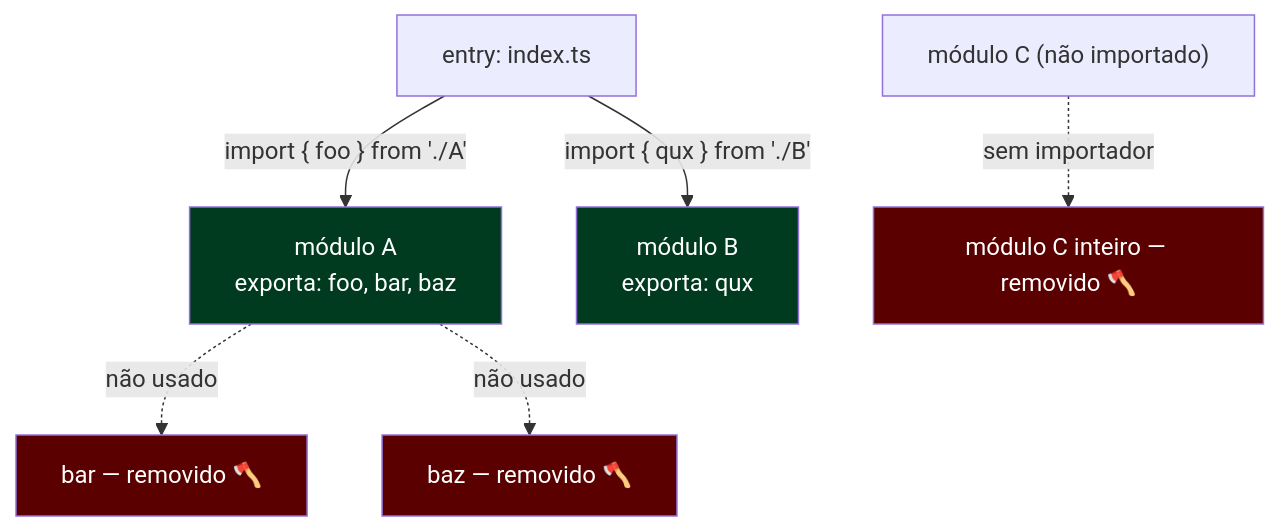
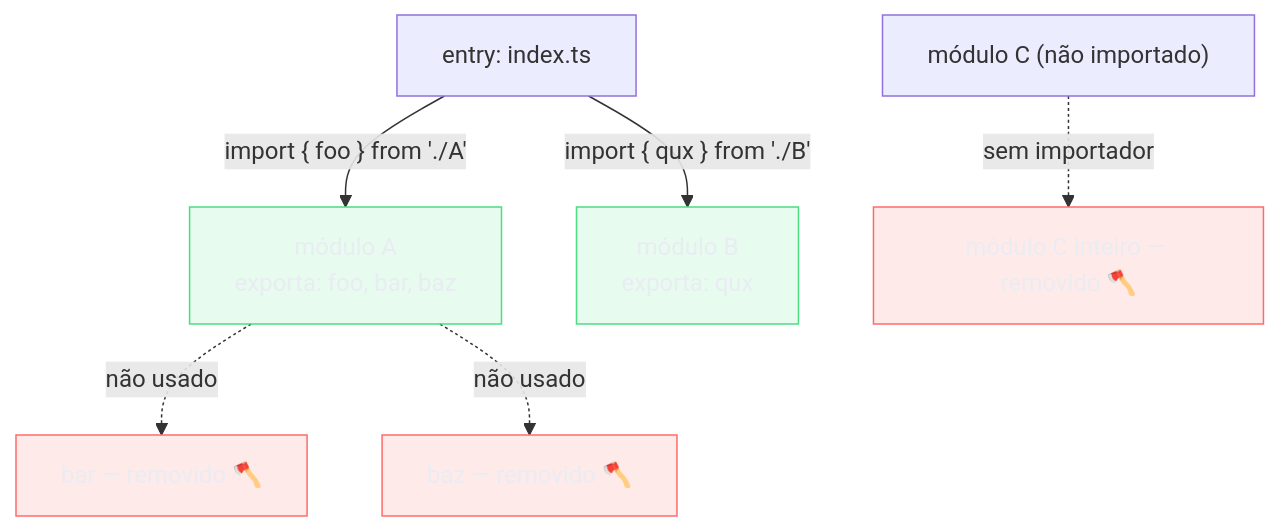
The second of 11 diagrams in 03-Dominios/Tecnologia/Tooling e Build/14 - Rollup, esbuild e Rolldown.md (josenaldo/codex-technomanticus), drawn with Mermaid before and after one commit. The commit also changed other lines of this file and 1181 other files, not shown here.

First line of the commit message:
fix(diagramas): paleta do sistema no lugar de cor cravada no markdown

````diff
--- a/03-Dominios/Tecnologia/Tooling e Build/14 - Rollup, esbuild e Rolldown.md
+++ b/03-Dominios/Tecnologia/Tooling e Build/14 - Rollup, esbuild e Rolldown.md
@@ -136,19 +136,21 @@
 ```mermaid
 flowchart TD
+    classDef falha fill:#FF6B6B24,stroke:#FF6B6B,color:#E9ECF2
+    classDef ok fill:#4ADE8021,stroke:#4ADE80,color:#E9ECF2
     ENTRY["entry: index.ts"]
     A["módulo A\nexporta: foo, bar, baz"]
     B["módulo B\nexporta: qux"]
     C["módulo C (não importado)"]
 
     ENTRY -->|"import { foo } from './A'"| A
     ENTRY -->|"import { qux } from './B'"| B
     A -.->|"não usado"| BAR["bar — removido 🪓"]
     A -.->|"não usado"| BAZ["baz — removido 🪓"]
     C -.->|"sem importador"| CDEAD["módulo C inteiro — removido 🪓"]
 
-    style BAR fill:#5a0000,color:#fff
-    style BAZ fill:#5a0000,color:#fff
-    style CDEAD fill:#5a0000,color:#fff
-    style A fill:#003a1f,color:#fff
-    style B fill:#003a1f,color:#fff
+    class BAR falha
+    class BAZ falha
+    class CDEAD falha
+    class A ok
+    class B ok
 ```
````
